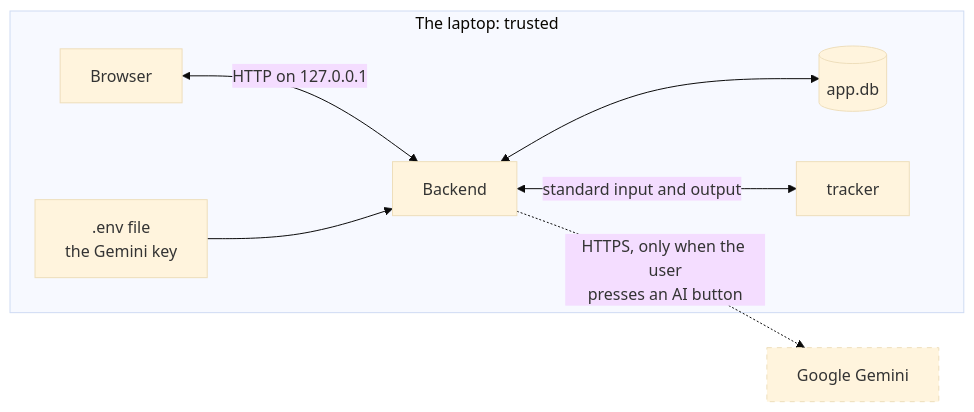
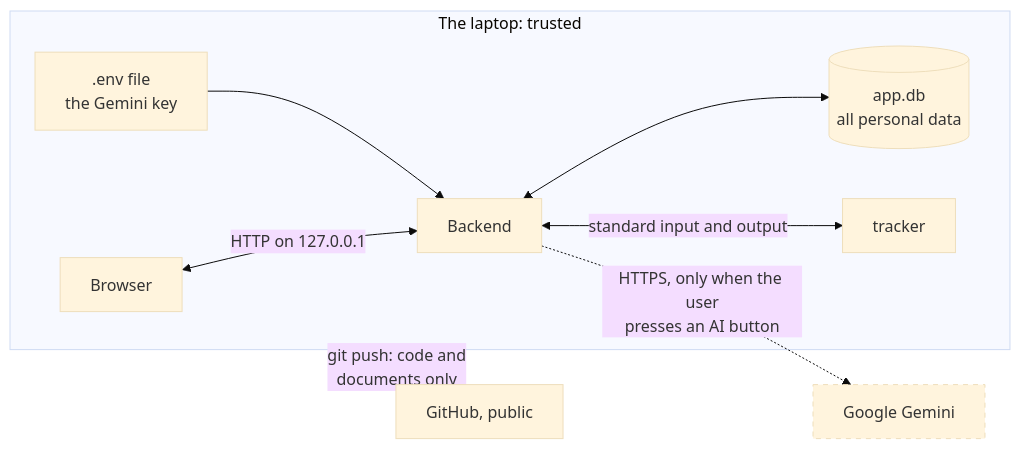
One commit to sih2006/Everything-A-Monash-Malaysia-Student-Would-Need changed the diagram in docs/02-design/security-privacy.md. Above: the diagram before and after it, drawn with Mermaid (base theme). The commit also changed other lines of this file and 30 other files, not shown here.

````diff
--- a/docs/02-design/security-privacy.md
+++ b/docs/02-design/security-privacy.md
@@ -20,12 +21,13 @@
 ```mermaid
 flowchart LR
   subgraph laptop [The laptop: trusted]
     browser[Browser] <-->|HTTP on 127.0.0.1| server[Backend]
-    server <--> db[(app.db)]
+    server <--> db[(app.db<br/>all personal data)]
     server <-->|standard input and output| engine[tracker]
     env[.env file<br/>the Gemini key] --> server
   end
   server -.->|HTTPS, only when the user<br/>presses an AI button| gemini[Google Gemini]
+  laptop -->|git push: code and<br/>documents only| github[GitHub, public]
 
   style gemini stroke-dasharray: 5 5
 ```
````
